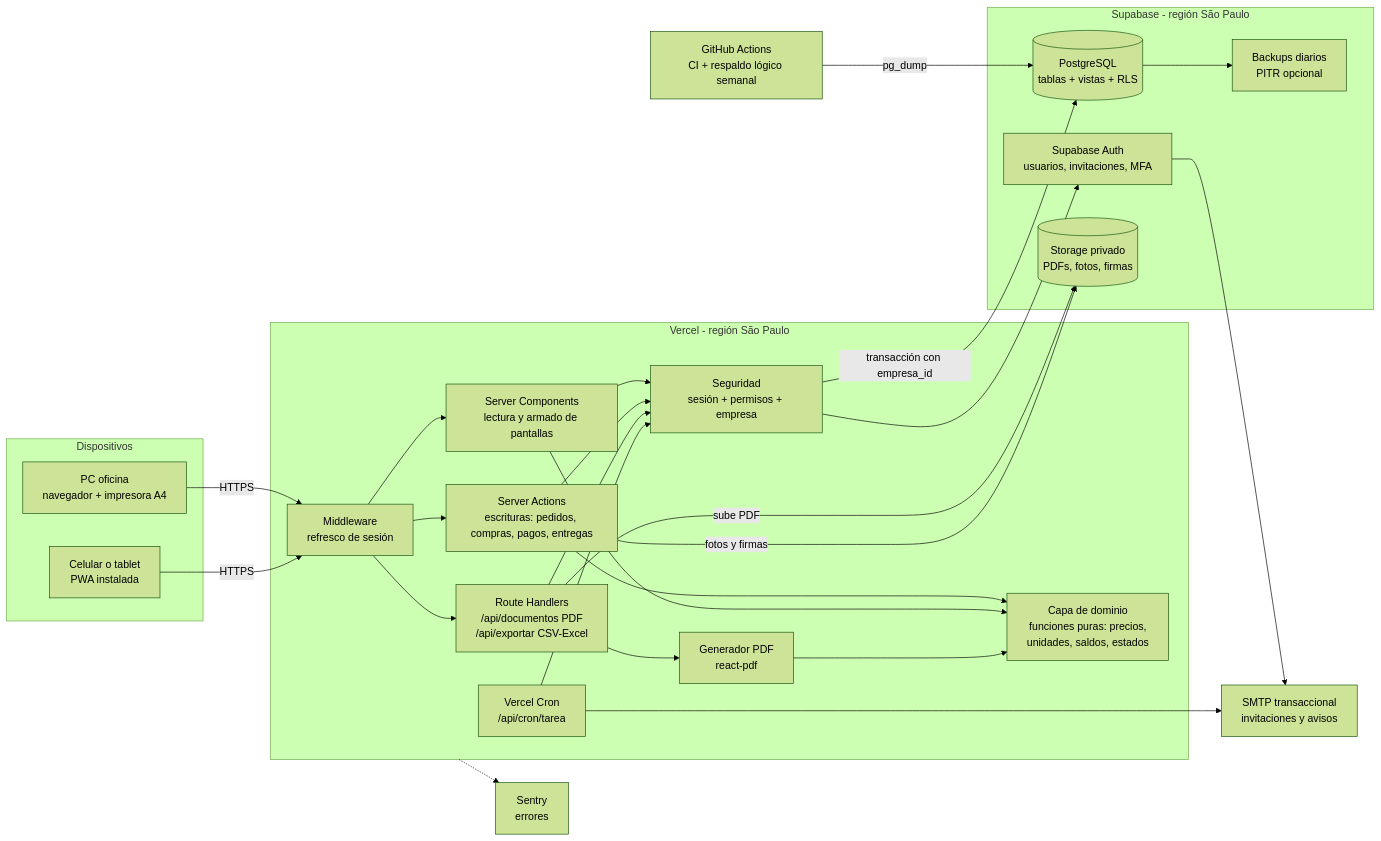
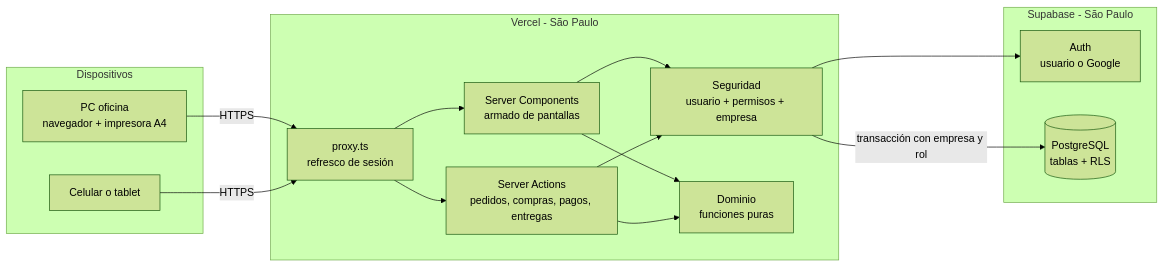
One commit to Facumirande/sistema-juan changed the first of 2 diagrams in docs/plan/01-tipo-de-aplicacion-y-arquitectura.md. Above: the diagram before and after it, drawn with Mermaid (forest theme). The commit also changed other lines of this file and 66 other files, not shown here.

First line of the commit message:
Pedidos sin confirmar, lista de compras con "Lo compré", preparación por cliente y limpieza del plan

````diff
--- a/docs/plan/01-tipo-de-aplicacion-y-arquitectura.md
+++ b/docs/plan/01-tipo-de-aplicacion-y-arquitectura.md
@@ -161,52 +80,31 @@
 ```mermaid
 flowchart LR
     subgraph DISP["Dispositivos"]
         PC["PC oficina<br/>navegador + impresora A4"]
-        CEL["Celular o tablet<br/>PWA instalada"]
+        CEL["Celular o tablet"]
     end
 
-    subgraph VER["Vercel - región São Paulo"]
-        MW["Middleware<br/>refresco de sesión"]
-        RSC["Server Components<br/>lectura y armado de pantallas"]
-        SA["Server Actions<br/>escrituras: pedidos, compras, pagos, entregas"]
-        RH["Route Handlers<br/>/api/documentos PDF<br/>/api/exportar CSV-Excel"]
-        CRON["Vercel Cron<br/>/api/cron/tarea"]
-        SEG["Seguridad<br/>sesión + permisos + empresa"]
-        DOM["Capa de dominio<br/>funciones puras: precios,<br/>unidades, saldos, estados"]
-        PDF["Generador PDF<br/>react-pdf"]
+    subgraph VER["Vercel - São Paulo"]
+        PX["proxy.ts<br/>refresco de sesión"]
+        RSC["Server Components<br/>armado de pantallas"]
+        SA["Server Actions<br/>pedidos, compras, pagos, entregas"]
+        SEG["Seguridad<br/>usuario + permisos + empresa"]
+        DOM["Dominio<br/>funciones puras"]
     end
 
-    subgraph SUP["Supabase - región São Paulo"]
-        AUTH["Supabase Auth<br/>usuarios, invitaciones, MFA"]
-        PG[("PostgreSQL<br/>tablas + vistas + RLS")]
-        ST[("Storage privado<br/>PDFs, fotos, firmas")]
-        BK["Backups diarios<br/>PITR opcional"]
+    subgraph SUP["Supabase - São Paulo"]
+        AUTH["Auth<br/>usuario o Google"]
+        PG[("PostgreSQL<br/>tablas + RLS")]
     end
 
-    GHA["GitHub Actions<br/>CI + respaldo lógico semanal"]
-    MAIL["SMTP transaccional<br/>invitaciones y avisos"]
-    SEN["Sentry<br/>errores"]
-
-    PC -->|HTTPS| MW
-    CEL -->|HTTPS| MW
-    MW --> RSC
-    MW --> SA
-    MW --> RH
+    PC -->|HTTPS| PX
+    CEL -->|HTTPS| PX
+    PX --> RSC
+    PX --> SA
     RSC --> SEG
     SA --> SEG
-    RH --> SEG
-    CRON --> SEG
     SEG --> AUTH
+    RSC --> DOM
     SA --> DOM
-    RSC --> DOM
-    RH --> PDF
-    PDF --> DOM
-    SEG -->|"transacción con empresa_id"| PG
-    RH -->|"sube PDF"| ST
-    SA -->|"fotos y firmas"| ST
-    PG --> BK
-    GHA -->|"pg_dump"| PG
-    CRON --> MAIL
-    AUTH --> MAIL
-    VER -.-> SEN
+    SEG -->|"transacción con empresa y rol"| PG
 ```
````
